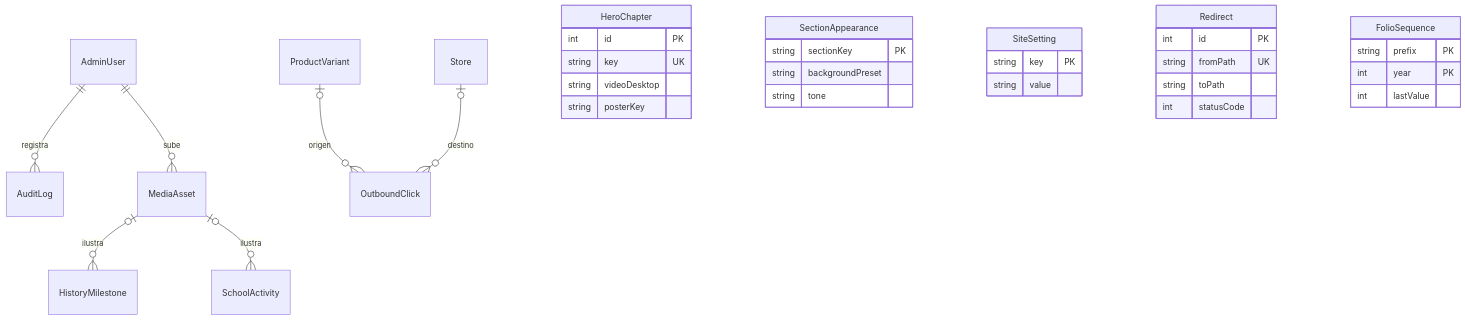
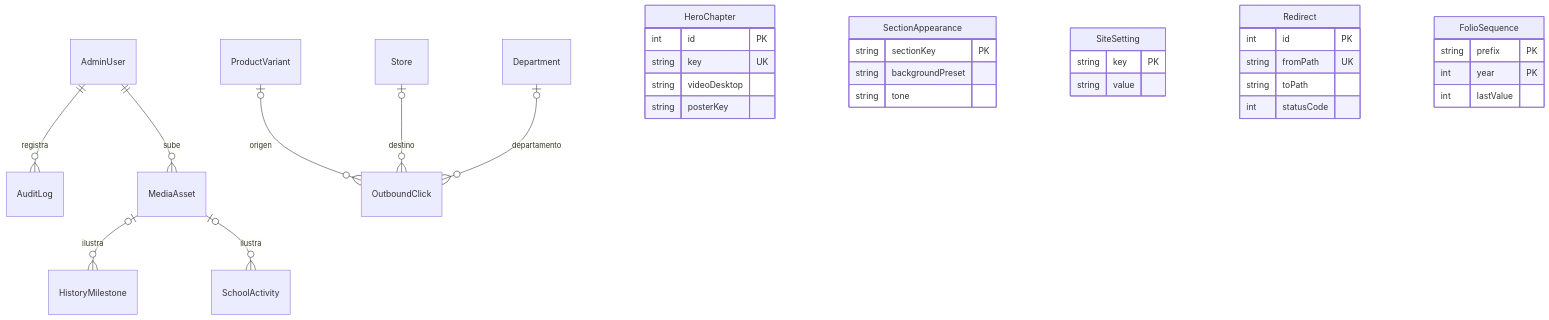
The third of 3 diagrams in docs/05-base-de-datos.md (Alex-Gallardo/web-bolik-60), drawn with Mermaid before and after one commit. The commit also changed other lines of this file and 19 other files, not shown here.

````diff
--- a/docs/05-base-de-datos.md
+++ b/docs/05-base-de-datos.md
@@ -91,26 +91,27 @@
 ```mermaid
 erDiagram
   AdminUser ||--o{ AuditLog : registra
   AdminUser ||--o{ MediaAsset : sube
   MediaAsset |o--o{ HistoryMilestone : ilustra
   MediaAsset |o--o{ SchoolActivity : ilustra
   ProductVariant |o--o{ OutboundClick : origen
   Store |o--o{ OutboundClick : destino
+  Department |o--o{ OutboundClick : departamento
 
   HeroChapter { int id PK
     string key UK
     string videoDesktop
     string posterKey }
   SectionAppearance { string sectionKey PK
     string backgroundPreset
     string tone }
   SiteSetting { string key PK
     string value }
   Redirect { int id PK
     string fromPath UK
     string toPath
     int statusCode }
   FolioSequence { string prefix PK
     int year PK
     int lastValue }
 ```
````
